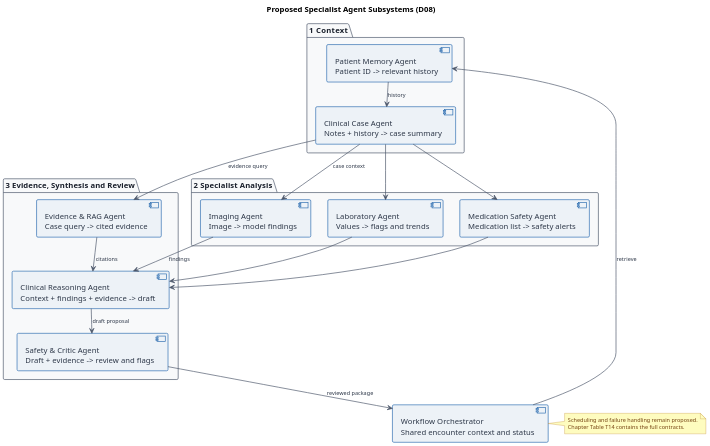
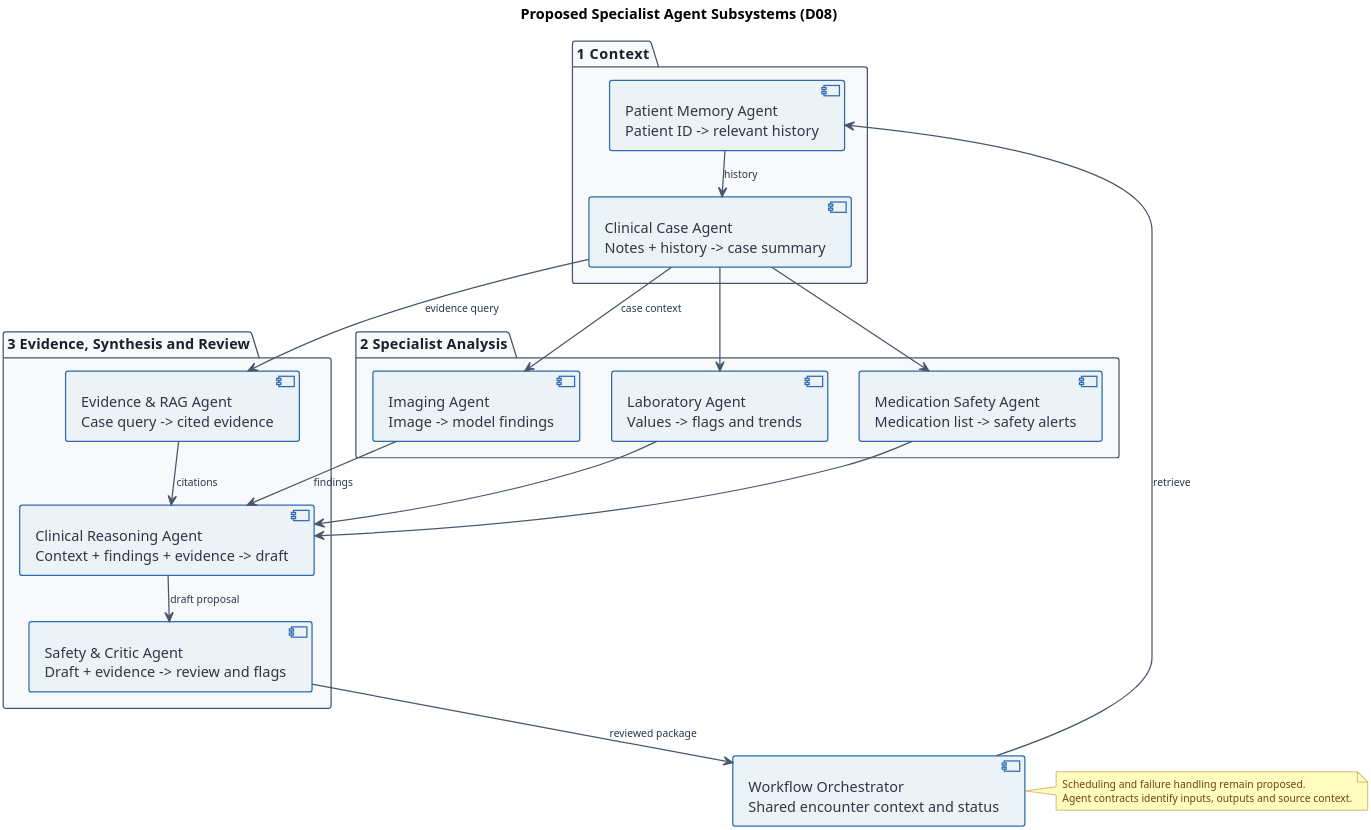
The diagram in esha/diagrams/agent_subsystems.puml (fatimamalik2307/fyp-report), drawn with PlantUML before and after one commit. The commit also changed 53 other files, not shown here.

```diff
--- a/esha/diagrams/agent_subsystems.puml
+++ b/esha/diagrams/agent_subsystems.puml
@@ -1,79 +1,79 @@
 @startuml esha_D08_agent_subsystems
 top to bottom direction
 skinparam backgroundColor #FFFFFF
 skinparam shadowing false
 skinparam defaultFontName "Helvetica", "Arial", sans-serif
 skinparam defaultFontSize 14
-skinparam dpi 160
+skinparam dpi 300
 skinparam nodesep 30
 skinparam ranksep 30
 
 skinparam package {
     BackgroundColor #F8F9FA
     BorderColor #4A5568
     BorderThickness 1.2
     FontColor #1A202C
     FontStyle bold
 }
 
 skinparam component {
     BackgroundColor #EDF2F7
     BorderColor #2B6CB0
     BorderThickness 1.2
     FontColor #2D3748
 }
 
 skinparam note {
     BackgroundColor #FEFCBF
     BorderColor #B7791F
     FontColor #744210
     FontSize 10
 }
 
 skinparam arrow {
     Color #4A5568
     Thickness 1.2
     FontColor #2D3748
     FontSize 10
 }
 
 title Proposed Specialist Agent Subsystems (D08)
 
 component [Workflow Orchestrator\nShared encounter context and status] as Engine
 
 package "1  Context" as IntakePkg {
     component [Patient Memory Agent\nPatient ID -> relevant history] as PMAgent
     component [Clinical Case Agent\nNotes + history -> case summary] as CCAgent
 }
 
 package "2  Specialist Analysis" as SpecialistPkg {
     component [Imaging Agent\nImage -> model findings] as ImgAgent
     component [Laboratory Agent\nValues -> flags and trends] as LabAgent
     component [Medication Safety Agent\nMedication list -> safety alerts] as MedAgent
 }
 
 package "3  Evidence, Synthesis and Review" as GovernancePkg {
     component [Evidence & RAG Agent\nCase query -> cited evidence] as RAGAgent
     component [Clinical Reasoning Agent\nContext + findings + evidence -> draft] as ReasoningAgent
     component [Safety & Critic Agent\nDraft + evidence -> review and flags] as CriticAgent
 }
 
 Engine --> PMAgent : retrieve
 PMAgent --> CCAgent : history
 CCAgent --> ImgAgent : case context
 CCAgent --> LabAgent
 CCAgent --> MedAgent
 ImgAgent --> ReasoningAgent : findings
 LabAgent --> ReasoningAgent
 MedAgent --> ReasoningAgent
 CCAgent --> RAGAgent : evidence query
 RAGAgent --> ReasoningAgent : citations
 ReasoningAgent --> CriticAgent : draft proposal
 CriticAgent --> Engine : reviewed package
 
 note right of Engine
   Scheduling and failure handling remain proposed.
-  Chapter Table T14 contains the full contracts.
+  Agent contracts identify inputs, outputs and source context.
 end note
 
 @enduml
```
